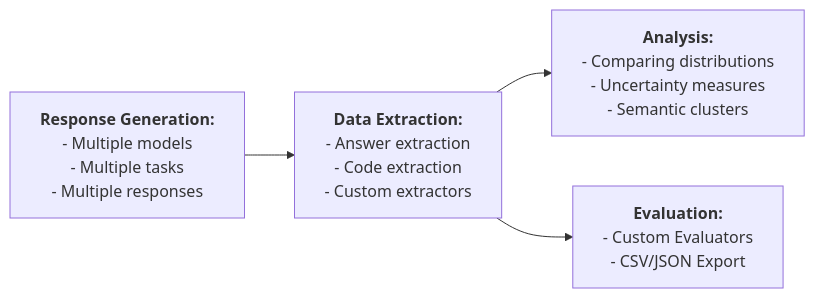
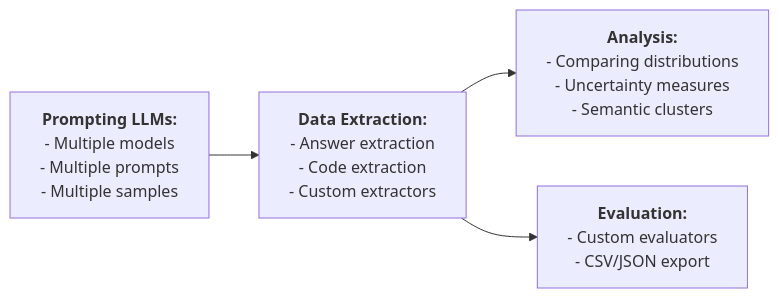
One commit to msv-lab/llm-play changed the diagram in README.md. Above: the diagram before and after it, drawn with Mermaid. The commit also changed other lines of this file and 1 other file, not shown here.

````diff
--- a/README.md
+++ b/README.md
@@ -5,17 +5,17 @@
 ```mermaid
 flowchart LR
-    A["`**Response Generation:**
+    A["`**Prompting LLMs:**
     - Multiple models
-    - Multiple tasks
-    - Multiple responses`"] --> B["`**Data Extraction:**
+    - Multiple prompts
+    - Multiple samples`"] --> B["`**Data Extraction:**
     - Answer extraction
     - Code extraction
     - Custom extractors`"]
     B --> C["`**Analysis:**
     - Comparing distributions
     - Uncertainty measures
     - Semantic clusters`"]
     B --> D["`**Evaluation:**
-    - Custom Evaluators
-    - CSV/JSON Export`"]
+    - Custom evaluators
+    - CSV/JSON export`"]
 ```
````
